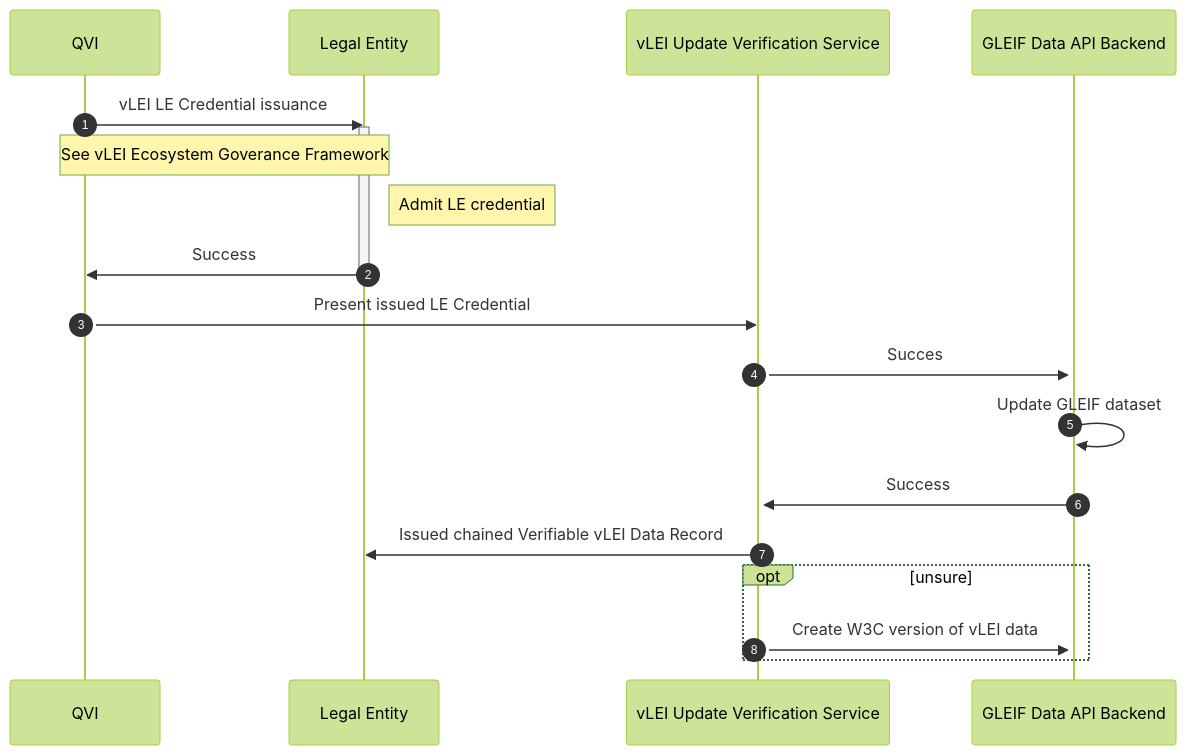
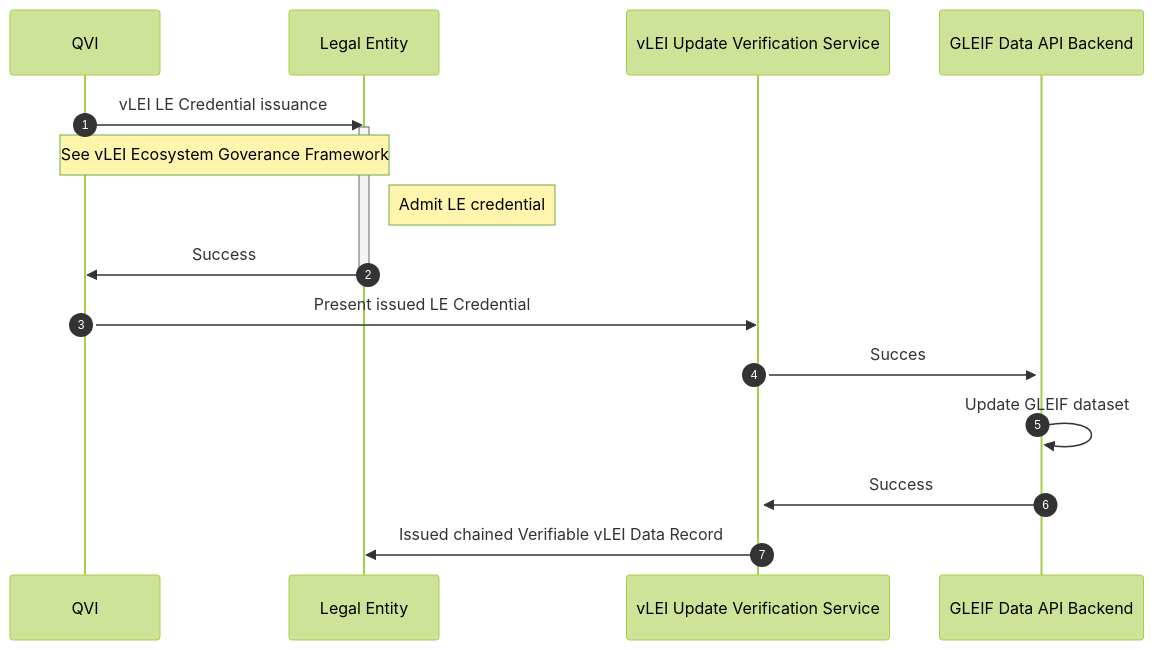
The diagram in create-verifiable-vlei-reference-data.md (m00sey/merfolk), drawn with Mermaid (forest theme) before and after one commit. The commit also changed 4 other files, not shown here.

````diff
--- a/create-verifiable-vlei-reference-data.md
+++ b/create-verifiable-vlei-reference-data.md
@@ -1,27 +1,24 @@
 ```mermaid
 sequenceDiagram
 autonumber
 
 participant Q as QVI
 participant LE as Legal Entity
 participant V as vLEI Update Verification Service
 participant G as GLEIF Data API Backend
 
 Q->>LE: vLEI LE Credential issuance
 activate LE
 Note over Q,LE: See vLEI Ecosystem Goverance Framework
 Note Right of LE: Admit LE credential
 LE->>Q: Success
 deactivate LE
 activate Q
 Q->>V: Present issued LE Credential
 activate V
 activate G
 V->>G: Succes
 G->>G: Update GLEIF dataset
 G->>V: Success
 V->>LE: Issued chained Verifiable vLEI Data Record
-opt unsure
-V->>G: Create W3C version of vLEI data
-end
 ```
````
